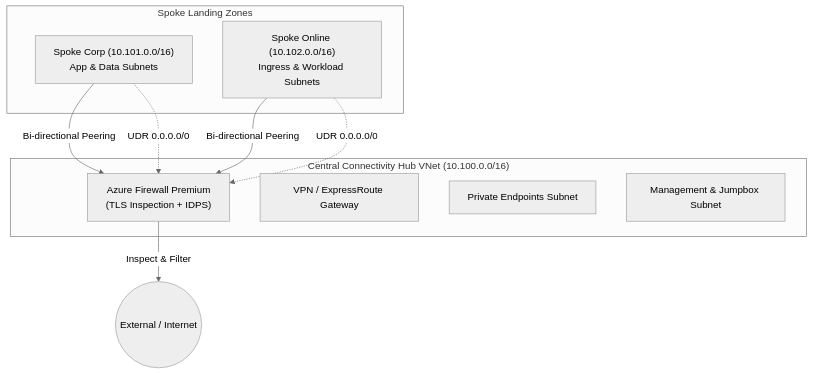
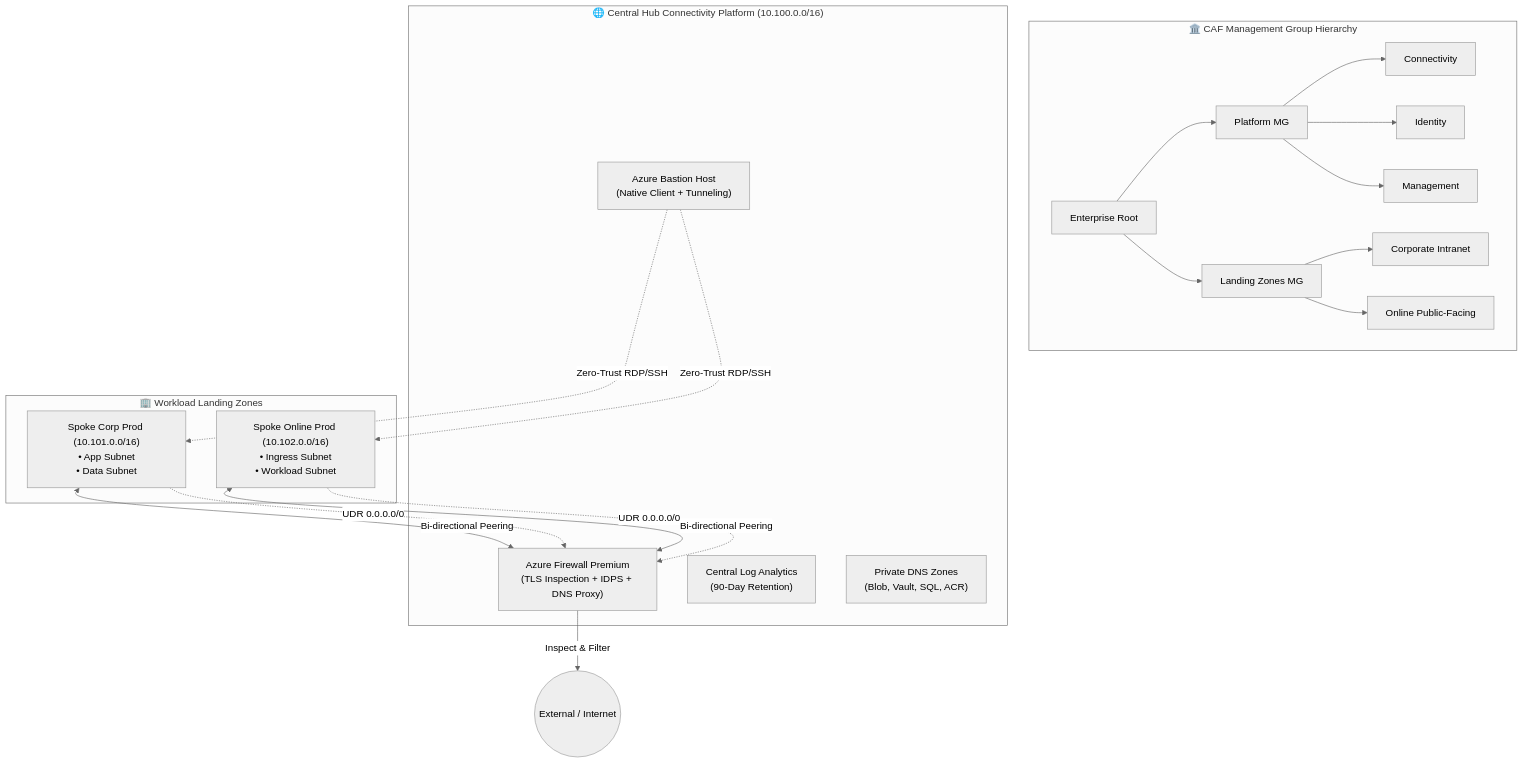
The diagram in README.md (RisikeshSharma/azure-enterprise-landing-zones), drawn with Mermaid (neutral theme) before and after one commit. The commit also changed other lines of this file and 15 other files, not shown here.

Commit message:
feat: expand to modular Hub and Spoke platform architecture with CAF modules

````diff
--- a/README.md
+++ b/README.md
@@ -13,20 +13,32 @@
 ```mermaid
 flowchart TD
-    subgraph Hub["Central Connectivity Hub VNet (10.100.0.0/16)"]
-        AFW["Azure Firewall Premium\n(TLS Inspection + IDPS)"]
-        GW["VPN / ExpressRoute Gateway"]
-        PE["Private Endpoints Subnet"]
-        MGMT["Management & Jumpbox Subnet"]
+    subgraph Management["🏛️ CAF Management Group Hierarchy"]
+        Root[Enterprise Root] --> Platform[Platform MG]
+        Root --> LZ[Landing Zones MG]
+        Platform --> Conn[Connectivity]
+        Platform --> Id[Identity]
+        Platform --> Mgmt[Management]
+        LZ --> CorpMG[Corporate Intranet]
+        LZ --> OnlineMG[Online Public-Facing]
     end
 
-    subgraph Spokes["Spoke Landing Zones"]
-        Corp["Spoke Corp (10.101.0.0/16)\nApp & Data Subnets"]
-        Online["Spoke Online (10.102.0.0/16)\nIngress & Workload Subnets"]
+    subgraph Hub["🌐 Central Hub Connectivity Platform (10.100.0.0/16)"]
+        AFW["Azure Firewall Premium\n(TLS Inspection + IDPS + DNS Proxy)"]
+        Bastion["Azure Bastion Host\n(Native Client + Tunneling)"]
+        LogAnalytics["Central Log Analytics\n(90-Day Retention)"]
+        DNS["Private DNS Zones\n(Blob, Vault, SQL, ACR)"]
     end
 
-    Corp -->|Bi-directional Peering| AFW
-    Online -->|Bi-directional Peering| AFW
+    subgraph Spokes["🏢 Workload Landing Zones"]
+        Corp["Spoke Corp Prod (10.101.0.0/16)\n• App Subnet\n• Data Subnet"]
+        Online["Spoke Online Prod (10.102.0.0/16)\n• Ingress Subnet\n• Workload Subnet"]
+    end
+
+    Corp <-->|Bi-directional Peering| AFW
+    Online <-->|Bi-directional Peering| AFW
     Corp -.->|UDR 0.0.0.0/0| AFW
     Online -.->|UDR 0.0.0.0/0| AFW
     AFW -->|Inspect & Filter| Internet((External / Internet))
+    Bastion -.->|Zero-Trust RDP/SSH| Corp
+    Bastion -.->|Zero-Trust RDP/SSH| Online
 ```
````
